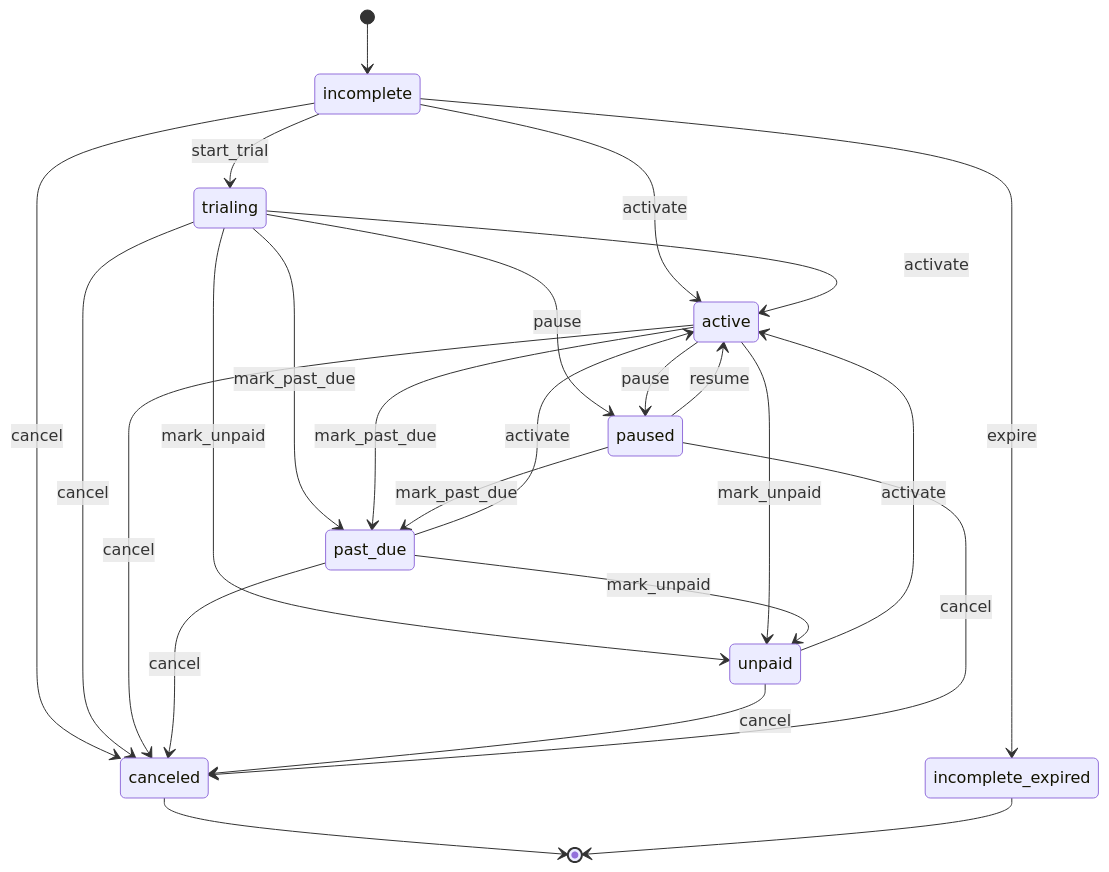
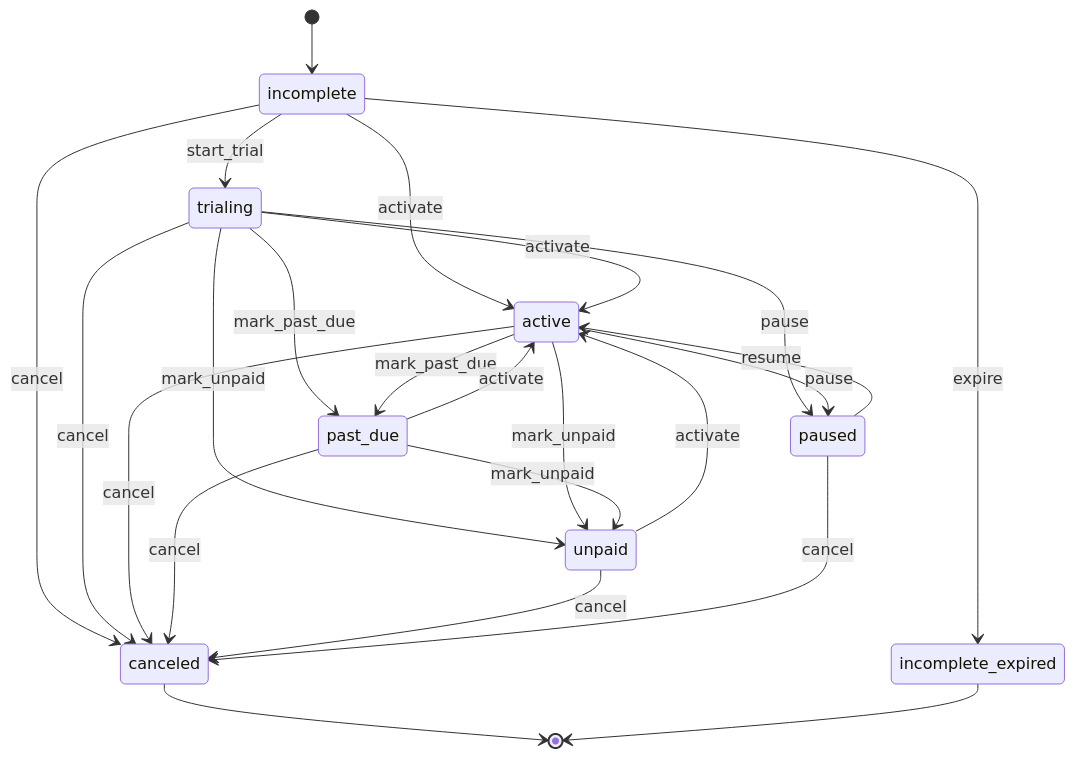
Before and after one commit to kidiatoliny/payable-docs: the first of 4 diagrams in _docs_src/domain/07-state-machines.md, drawn with Mermaid. The commit also changed other lines of this file and 19 other files, not shown here.

````diff
--- a/_docs_src/domain/07-state-machines.md
+++ b/_docs_src/domain/07-state-machines.md
@@ -92,27 +91,26 @@
 ```mermaid
 stateDiagram-v2
   [*] --> incomplete
   incomplete --> trialing: start_trial
   incomplete --> active: activate
   incomplete --> incomplete_expired: expire
   incomplete --> canceled: cancel
   trialing --> active: activate
   trialing --> past_due: mark_past_due
   trialing --> unpaid: mark_unpaid
   trialing --> paused: pause
   trialing --> canceled: cancel
   active --> past_due: mark_past_due
   active --> unpaid: mark_unpaid
   active --> paused: pause
   active --> canceled: cancel
   past_due --> active: activate
   past_due --> unpaid: mark_unpaid
   past_due --> canceled: cancel
   unpaid --> active: activate
   unpaid --> canceled: cancel
   paused --> active: resume
-  paused --> past_due: mark_past_due
   paused --> canceled: cancel
   canceled --> [*]
   incomplete_expired --> [*]
 ```
````
